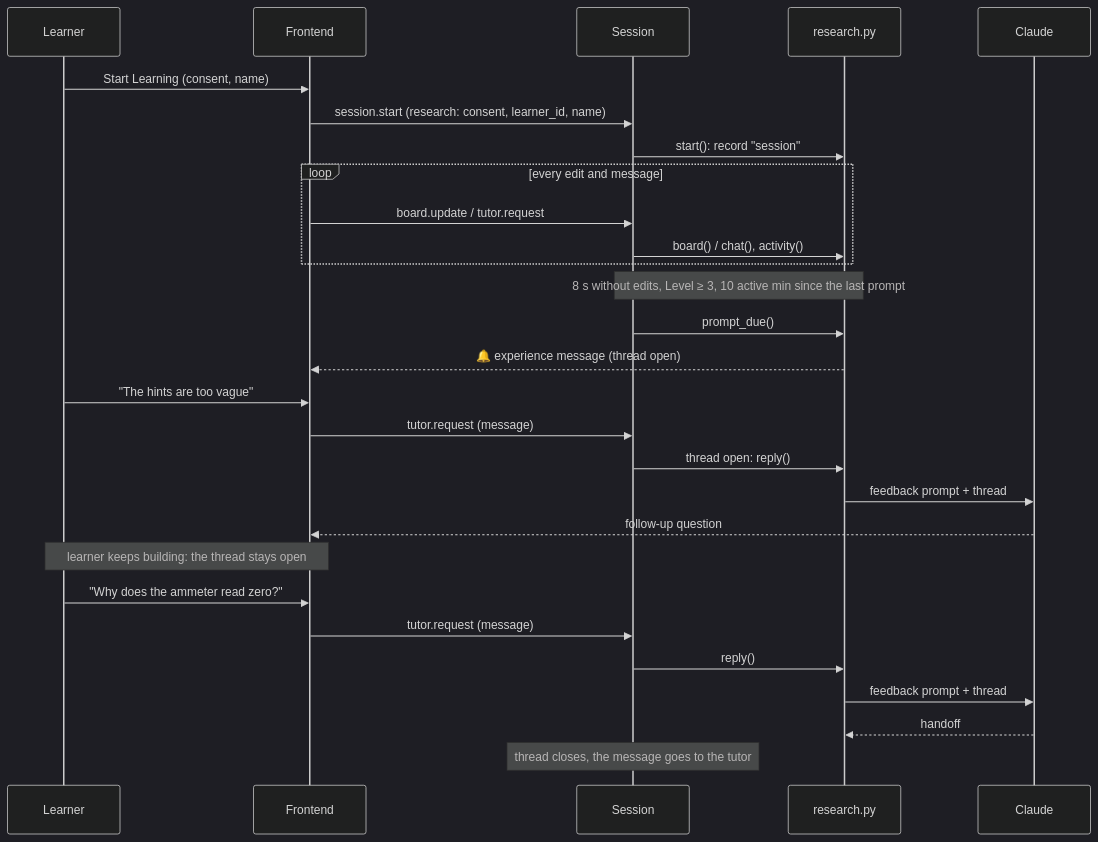
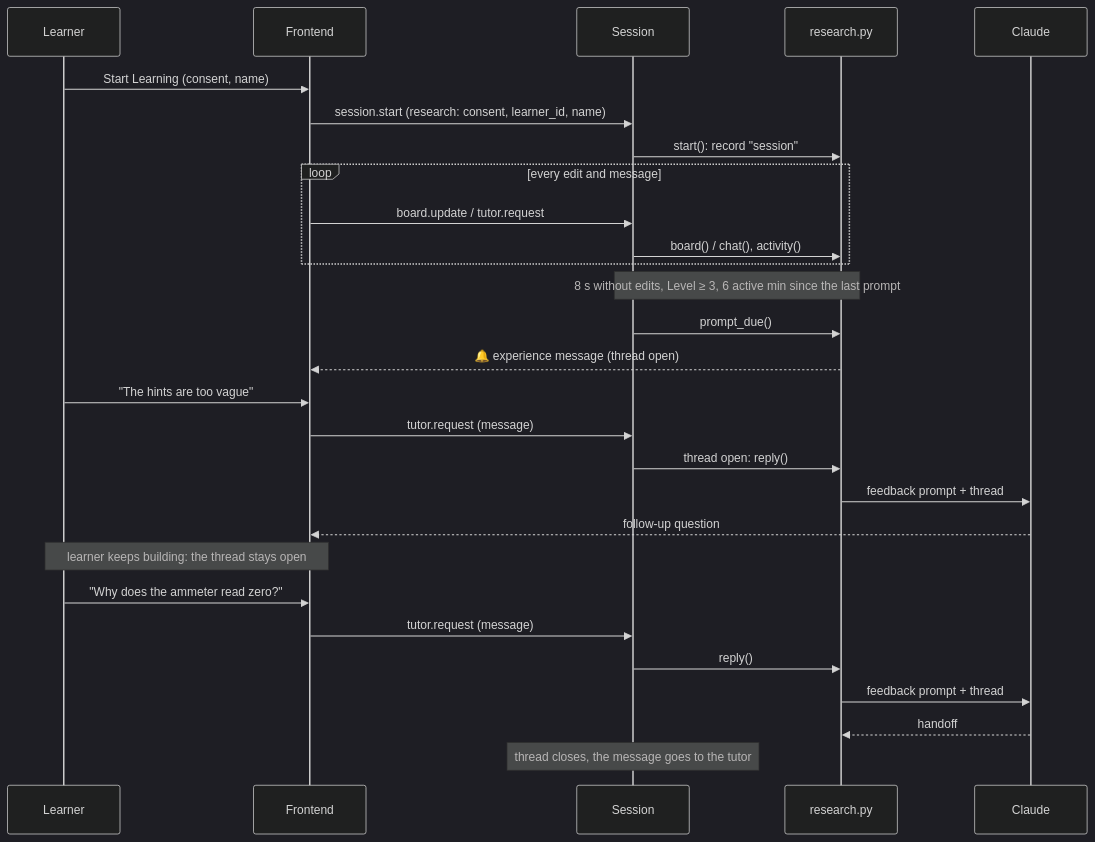
Before and after one commit to VOxFF/schematics-ai-tutor: the fifth of 6 diagrams in docs/design.md, drawn with Mermaid (dark theme). The commit also changed other lines of this file and 2 other files, not shown here.

First line of the commit message:
Polishing: research: the 🔔 prompt every 6 active minutes instead of 10

````diff
--- a/docs/design.md
+++ b/docs/design.md
@@ -280,31 +280,31 @@
 ```mermaid
 sequenceDiagram
     participant L as Learner
     participant FE as Frontend
     participant S as Session
     participant R as research.py
     participant C as Claude
 
     L->>FE: Start Learning (consent, name)
     FE->>S: session.start (research: consent, learner_id, name)
     S->>R: start(): record "session"
     loop every edit and message
         FE->>S: board.update / tutor.request
         S->>R: board() / chat(), activity()
     end
-    Note over S,R: 8 s without edits, Level ≥ 3, 10 active min since the last prompt
+    Note over S,R: 8 s without edits, Level ≥ 3, 6 active min since the last prompt
     S->>R: prompt_due()
     R-->>FE: 🔔 experience message (thread open)
     L->>FE: "The hints are too vague"
     FE->>S: tutor.request (message)
     S->>R: thread open: reply()
     R->>C: feedback prompt + thread
     C-->>FE: follow-up question
     Note over L,FE: learner keeps building: the thread stays open
     L->>FE: "Why does the ammeter read zero?"
     FE->>S: tutor.request (message)
     S->>R: reply()
     R->>C: feedback prompt + thread
     C-->>R: handoff
     Note over S: thread closes, the message goes to the tutor
 ```
````
